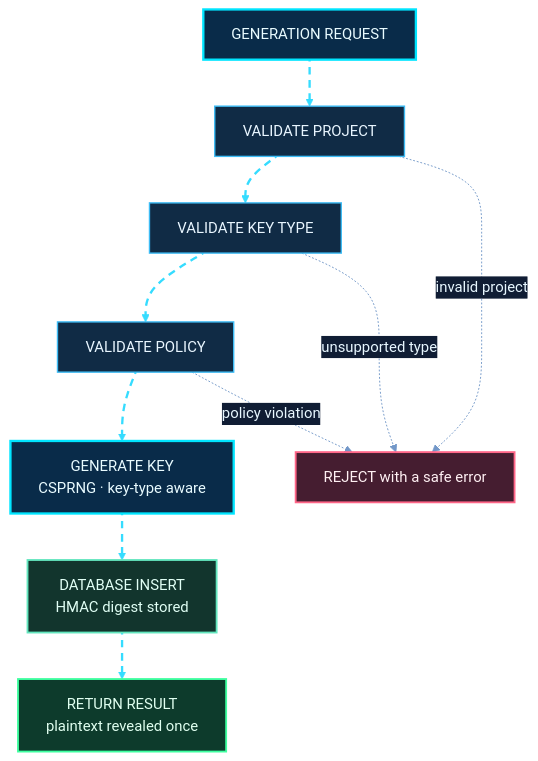
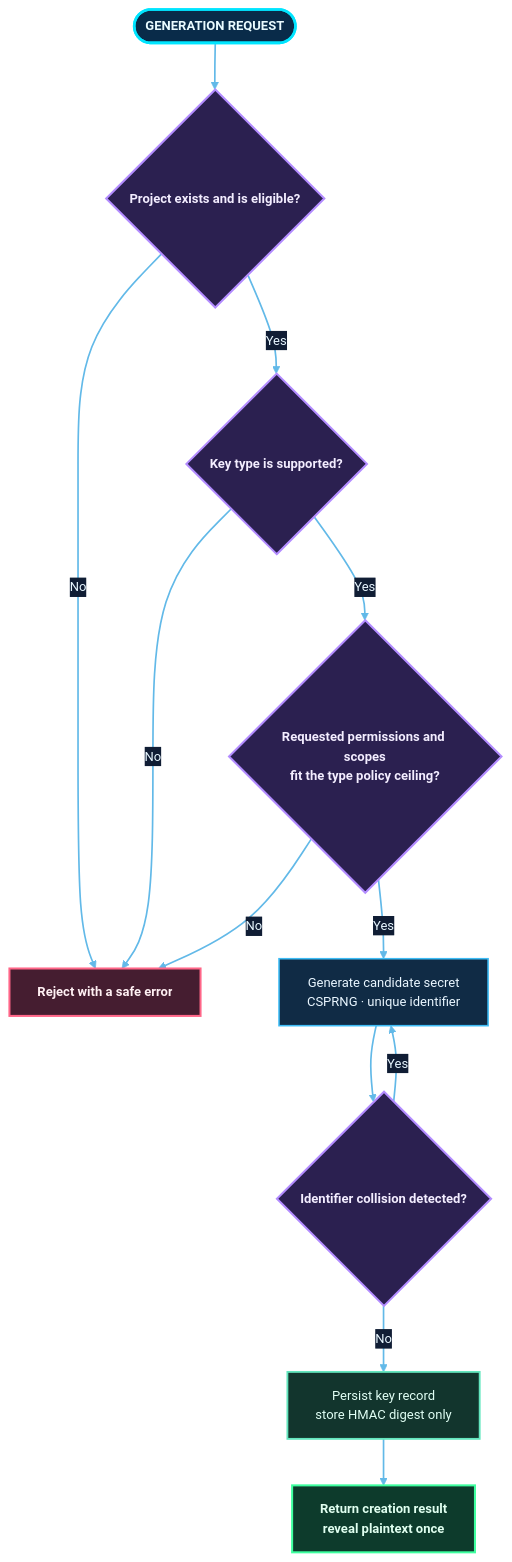
The ninth of 23 diagrams in README.md (shajeduzzamanenan992008inc/NexOra-Database-key-Gen), drawn with Mermaid before and after one commit. The commit also changed other lines of this file, not shown here.

````diff
--- a/README.md
+++ b/README.md
@@ -934,33 +917,34 @@
 ```mermaid
-%%{init: {"theme":"base","themeVariables":{"darkMode":true,"background":"#07111f","primaryColor":"#102744","primaryTextColor":"#e8f7ff","primaryBorderColor":"#00d9ff","lineColor":"#7297c8","secondaryColor":"#261d45","secondaryTextColor":"#f3eaff","secondaryBorderColor":"#a78bfa","tertiaryColor":"#12332b","tertiaryTextColor":"#e0fff1","tertiaryBorderColor":"#41e6a2","fontFamily":"Inter, Segoe UI, sans-serif","edgeLabelBackground":"#101d34","mainBkg":"#102744","nodeBorder":"#00d9ff","clusterBkg":"#0b1930","clusterBorder":"#6f7dff","actorBkg":"#102744","actorBorder":"#00d9ff","actorTextColor":"#e8f7ff","signalColor":"#64d8ff","signalTextColor":"#e8f7ff","noteBkgColor":"#0e332b","noteBorderColor":"#41e6a2","noteTextColor":"#e0fff1"}}}%%
-flowchart TD
-    G0["GENERATION REQUEST"] nx08e01@--> G1["VALIDATE PROJECT"]
-    G1 nx08e02@--> G2["VALIDATE KEY TYPE"]
-    G2 nx08e03@--> G3["VALIDATE POLICY"]
-    G3 nx08e04@--> G4["GENERATE KEY<br/>CSPRNG · key-type aware"]
-    G4 nx08e05@--> G5["DATABASE INSERT<br/>HMAC digest stored"]
-    G5 nx08e06@--> G6["RETURN RESULT<br/>plaintext revealed once"]
-    G1 -.->|"invalid project"| GX["REJECT with a safe error"]
-    G2 -.->|"unsupported type"| GX
-    G3 -.->|"policy violation"| GX
+%%{init: {"theme":"base","themeVariables":{"darkMode":true,"background":"#07111f","primaryColor":"#102744","primaryTextColor":"#e8f7ff","primaryBorderColor":"#00d9ff","lineColor":"#62b9e8","secondaryColor":"#261d45","secondaryTextColor":"#f3eaff","secondaryBorderColor":"#a78bfa","tertiaryColor":"#12332b","tertiaryTextColor":"#e0fff1","tertiaryBorderColor":"#41e6a2","fontFamily":"Inter, Segoe UI, sans-serif","fontSize":"14px","edgeLabelBackground":"#101d34","mainBkg":"#102744","nodeBorder":"#00d9ff","clusterBkg":"#0b1930","clusterBorder":"#6f7dff","actorBkg":"#102744","actorBorder":"#00d9ff","actorTextColor":"#e8f7ff","signalColor":"#64d8ff","signalTextColor":"#e8f7ff","noteBkgColor":"#0e332b","noteBorderColor":"#41e6a2","noteTextColor":"#e0fff1"}}}%%
+flowchart TB
+    START(["GENERATION REQUEST"]) --> PROJECT{"Project exists and is eligible?"}
+    PROJECT -->|No| REJECT["Reject with a safe error"]
+    PROJECT -->|Yes| TYPE{"Key type is supported?"}
+    TYPE -->|No| REJECT
+    TYPE -->|Yes| POLICY{"Requested permissions and scopes<br/>fit the type policy ceiling?"}
+    POLICY -->|No| REJECT
+    POLICY -->|Yes| RANDOM["Generate candidate secret<br/>CSPRNG · unique identifier"]
+    RANDOM --> COLLISION{"Identifier collision detected?"}
+    COLLISION -->|Yes| RANDOM
+    COLLISION -->|No| STORE["Persist key record<br/>store HMAC digest only"]
+    STORE --> RETURN["Return creation result<br/>reveal plaintext once"]
 
-    %% OMEGA NEX-ORA visual classes
-    %% OMEGA NEX-ORA / ULTRA NEON PALETTE
-    classDef nxCore fill:#092b49,stroke:#00e5ff,stroke-width:2.5px,color:#e9fbff;
-    classDef nxProcess fill:#102b45,stroke:#3dbcf5,stroke-width:1.5px,color:#e9f6ff;
-    classDef nxDecision fill:#2b2050,stroke:#b38cff,stroke-width:2px,color:#f3edff;
-    classDef nxSuccess fill:#0d3b2c,stroke:#3fffa0,stroke-width:2px,color:#e0fff0;
-    classDef nxDanger fill:#451d30,stroke:#ff6688,stroke-width:2px,color:#fff0f3;
+
+    %% OMEGA NEX-ORA · ULTRA NEON DESIGN SYSTEM
+    classDef nxCore fill:#092b49,stroke:#00e5ff,stroke-width:2.8px,color:#e9fbff,font-weight:bold;
+    classDef nxProcess fill:#102b45,stroke:#3dbcf5,stroke-width:1.7px,color:#e9f6ff;
+    classDef nxDecision fill:#2b2050,stroke:#b38cff,stroke-width:2.2px,color:#f3edff,font-weight:bold;
+    classDef nxSuccess fill:#0d3b2c,stroke:#3fffa0,stroke-width:2.2px,color:#e0fff0,font-weight:bold;
+    classDef nxDanger fill:#451d30,stroke:#ff6688,stroke-width:2.2px,color:#fff0f3,font-weight:bold;
     classDef nxData fill:#12352d,stroke:#63e6be,stroke-width:2px,color:#e1fff5;
     classDef nxExternal fill:#2b2149,stroke:#c4a5ff,stroke-width:2px,color:#f3ecff;
     classDef nxInfo fill:#17253e,stroke:#91a7c9,stroke-width:1.5px,color:#e5efff;
     classDef nxWarning fill:#453116,stroke:#fbbf24,stroke-width:2px,color:#fff6d6;
-    %% Moving dashed route: Mermaid applies this class to explicitly identified edges.
-    classDef nxAnimated stroke:#35dcff,stroke-width:2.5px,stroke-dasharray:8\,6,stroke-dashoffset:1000,animation:dash 24s linear infinite;
-    class G0,G4 nxCore;
-    class G1,G2,G3 nxProcess;
-    class G5 nxData;
-    class G6 nxSuccess;
-    class GX nxDanger;
-    class nx08e01,nx08e02,nx08e03,nx08e04,nx08e05,nx08e06 nxAnimated;
+    linkStyle default stroke:#62b9e8,stroke-width:1.8px;
+    class START nxCore;
+    class PROJECT,TYPE,POLICY,COLLISION nxDecision;
+    class RANDOM nxProcess;
+    class STORE nxData;
+    class RETURN nxSuccess;
+    class REJECT nxDanger;
 ```
````
